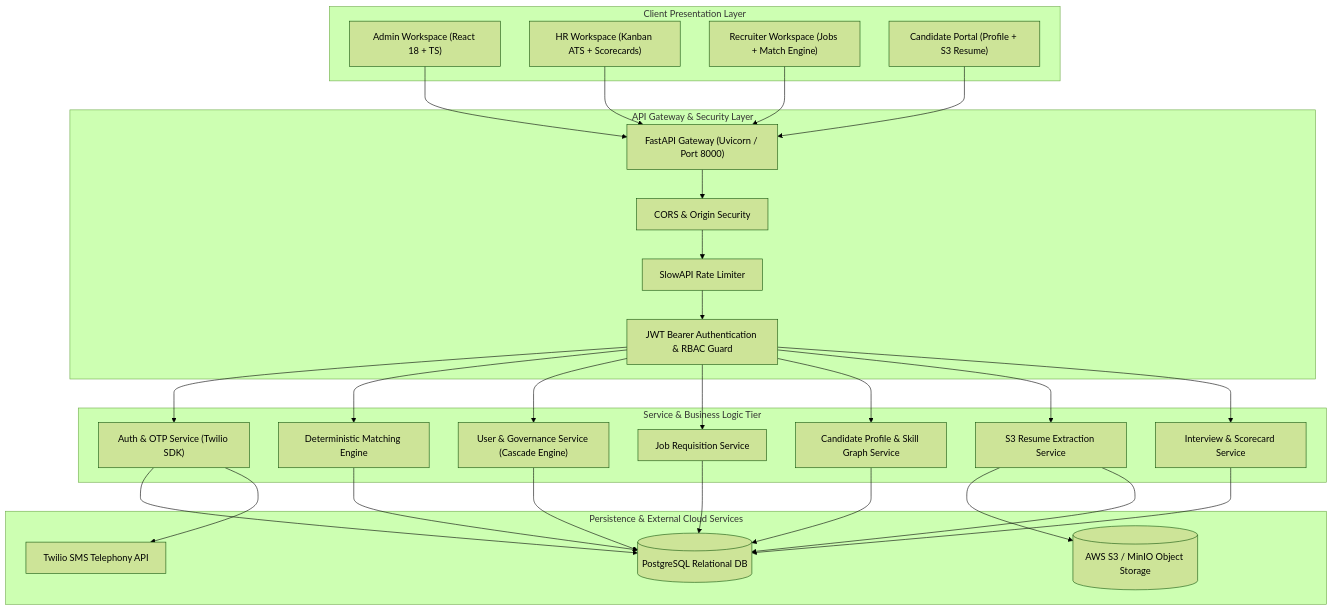
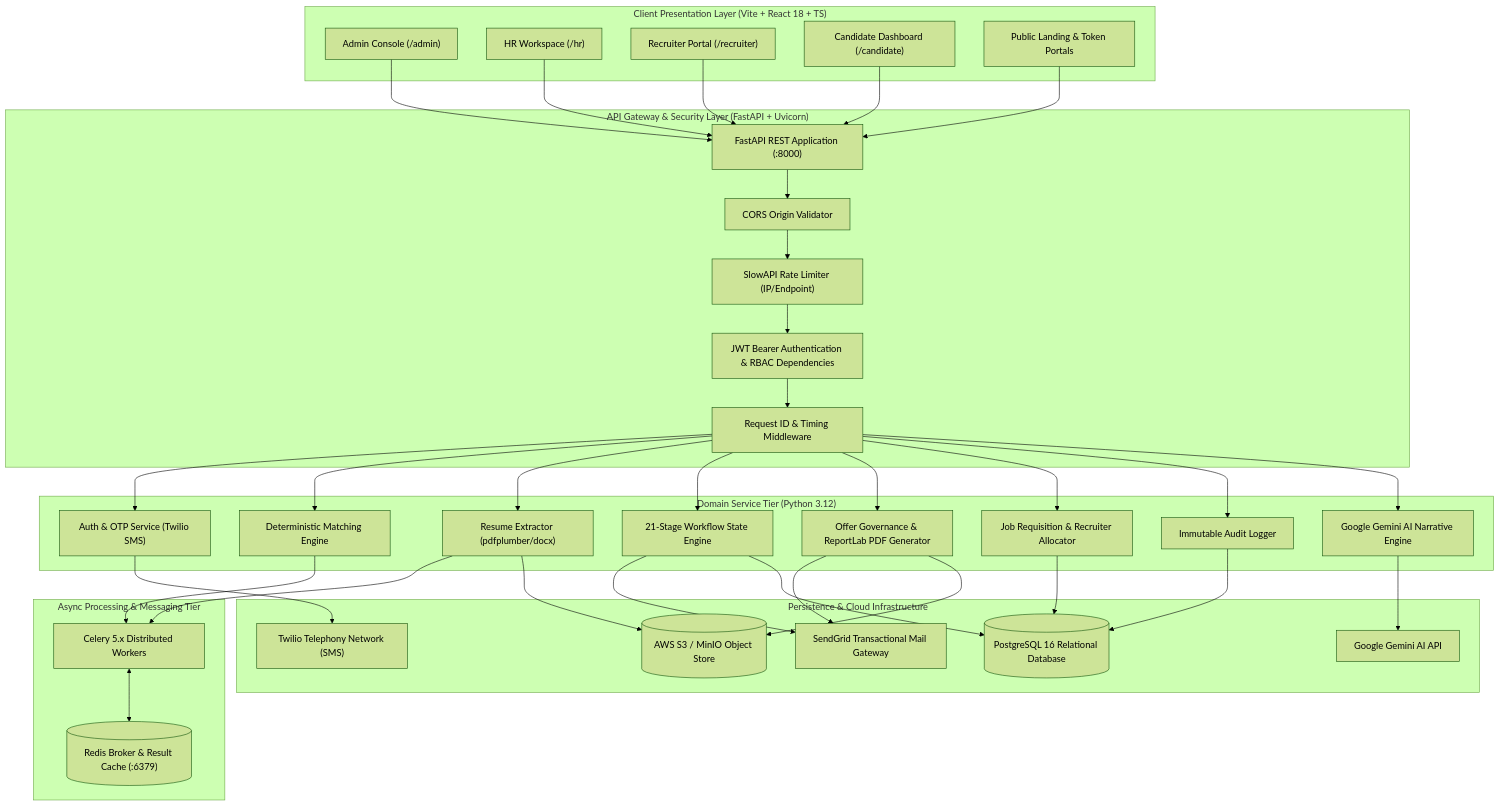
Before and after one commit to fieldmarcel2/Skill_Align: the diagram in FUNCTIONAL_SPECIFICATION_DOCUMENT.md, drawn with Mermaid (forest theme). The commit also changed other lines of this file and 23 other files, not shown here.

````diff
--- a/FUNCTIONAL_SPECIFICATION_DOCUMENT.md
+++ b/FUNCTIONAL_SPECIFICATION_DOCUMENT.md
@@ -53,59 +61,77 @@
 ```mermaid
 graph TB
-    subgraph "Client Presentation Layer"
-        UI_Admin["Admin Workspace (React 18 + TS)"]
-        UI_HR["HR Workspace (Kanban ATS + Scorecards)"]
-        UI_Recruiter["Recruiter Workspace (Jobs + Match Engine)"]
-        UI_Candidate["Candidate Portal (Profile + S3 Resume)"]
+    subgraph "Client Presentation Layer (Vite + React 18 + TS)"
+        UI_Admin["Admin Console (/admin)"]
+        UI_HR["HR Workspace (/hr)"]
+        UI_Recruiter["Recruiter Portal (/recruiter)"]
+        UI_Candidate["Candidate Dashboard (/candidate)"]
+        UI_Public["Public Landing & Token Portals"]
     end
 
-    subgraph "API Gateway & Security Layer"
-        FastAPI_Gateway["FastAPI Gateway (Uvicorn / Port 8000)"]
-        CORS["CORS & Origin Security"]
-        RateLimiter["SlowAPI Rate Limiter"]
-        Auth_Middleware["JWT Bearer Authentication & RBAC Guard"]
+    subgraph "API Gateway & Security Layer (FastAPI + Uvicorn)"
+        FastAPI_App["FastAPI REST Application (:8000)"]
+        CORS_Middleware["CORS Origin Validator"]
+        Rate_Limiter["SlowAPI Rate Limiter (IP/Endpoint)"]
+        JWT_Guard["JWT Bearer Authentication & RBAC Dependencies"]
+        Request_Logger["Request ID & Timing Middleware"]
     end
 
-    subgraph "Service & Business Logic Tier"
-        Service_Auth["Auth & OTP Service (Twilio SDK)"]
-        Service_Matching["Deterministic Matching Engine"]
-        Service_User["User & Governance Service (Cascade Engine)"]
-        Service_Job["Job Requisition Service"]
-        Service_Candidate["Candidate Profile & Skill Graph Service"]
-        Service_Resume["S3 Resume Extraction Service"]
-        Service_Interview["Interview & Scorecard Service"]
+    subgraph "Domain Service Tier (Python 3.12)"
+        Svc_Auth["Auth & OTP Service (Twilio SMS)"]
+        Svc_Matching["Deterministic Matching Engine"]
+        Svc_Resume["Resume Extractor (pdfplumber/docx)"]
+        Svc_Workflow["21-Stage Workflow State Engine"]
+        Svc_Offers["Offer Governance & ReportLab PDF Generator"]
+        Svc_Jobs["Job Requisition & Recruiter Allocator"]
+        Svc_Audit["Immutable Audit Logger"]
+        Svc_Gemini["Google Gemini AI Narrative Engine"]
     end
 
-    subgraph "Persistence & External Cloud Services"
-        Postgres[(PostgreSQL Relational DB)]
-        S3_Storage[("AWS S3 / MinIO Object Storage")]
-        Twilio_Gateway["Twilio SMS Telephony API"]
+    subgraph "Async Processing & Messaging Tier"
+        Celery_Worker["Celery 5.x Distributed Workers"]
+        Redis_Broker[("Redis Broker & Result Cache (:6379)")]
     end
 
-    UI_Admin --> FastAPI_Gateway
-    UI_HR --> FastAPI_Gateway
-    UI_Recruiter --> FastAPI_Gateway
-    UI_Candidate --> FastAPI_Gateway
+    subgraph "Persistence & Cloud Infrastructure"
+        DB_Postgres[("PostgreSQL 16 Relational Database")]
+        Storage_S3[("AWS S3 / MinIO Object Store")]
+        Twilio_Network["Twilio Telephony Network (SMS)"]
+        SendGrid_Gateway["SendGrid Transactional Mail Gateway"]
+        Gemini_Cloud["Google Gemini AI API"]
+    end
 
-    FastAPI_Gateway --> CORS
-    CORS --> RateLimiter
-    RateLimiter --> Auth_Middleware
+    UI_Admin --> FastAPI_App
+    UI_HR --> FastAPI_App
+    UI_Recruiter --> FastAPI_App
+    UI_Candidate --> FastAPI_App
+    UI_Public --> FastAPI_App
 
-    Auth_Middleware --> Service_Auth
-    Auth_Middleware --> Service_Matching
-    Auth_Middleware --> Service_User
-    Auth_Middleware --> Service_Job
-    Auth_Middleware --> Service_Candidate
-    Auth_Middleware --> Service_Resume
-    Auth_Middleware --> Service_Interview
+    FastAPI_App --> CORS_Middleware
+    CORS_Middleware --> Rate_Limiter
+    Rate_Limiter --> JWT_Guard
+    JWT_Guard --> Request_Logger
 
-    Service_Auth --> Postgres
-    Service_Auth --> Twilio_Gateway
-    Service_Matching --> Postgres
-    Service_User --> Postgres
-    Service_Job --> Postgres
-    Service_Candidate --> Postgres
-    Service_Resume --> S3_Storage
-    Service_Resume --> Postgres
-    Service_Interview --> Postgres
+    Request_Logger --> Svc_Auth
+    Request_Logger --> Svc_Matching
+    Request_Logger --> Svc_Resume
+    Request_Logger --> Svc_Workflow
+    Request_Logger --> Svc_Offers
+    Request_Logger --> Svc_Jobs
+    Request_Logger --> Svc_Audit
+    Request_Logger --> Svc_Gemini
+
+    Svc_Resume --> Celery_Worker
+    Svc_Matching --> Celery_Worker
+    Celery_Worker <--> Redis_Broker
+
+    Svc_Auth --> Twilio_Network
+    Svc_Offers --> SendGrid_Gateway
+    Svc_Workflow --> SendGrid_Gateway
+    Svc_Gemini --> Gemini_Cloud
+
+    Svc_Offers --> Storage_S3
+    Svc_Resume --> Storage_S3
+    Svc_Workflow --> DB_Postgres
+    Svc_Audit --> DB_Postgres
+    Svc_Jobs --> DB_Postgres
 ```
````
